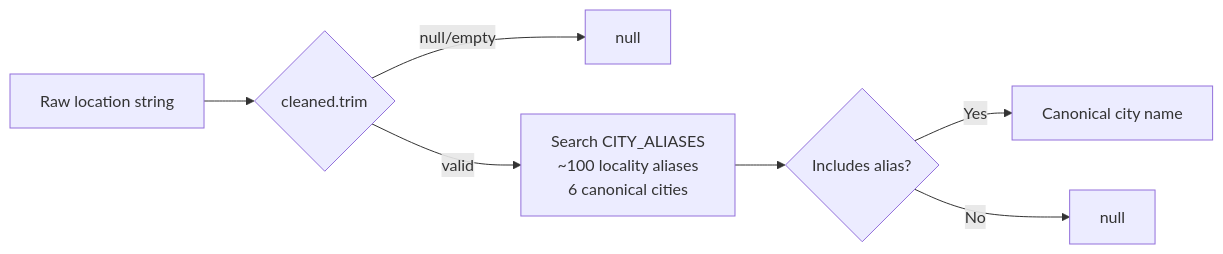
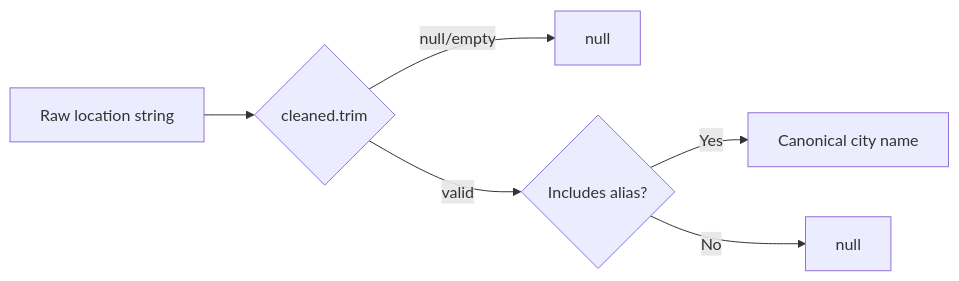
The second of 2 diagrams in docs/data-model.md (bharatbhusal/weekends-plan), drawn with Mermaid before and after one commit. The commit also changed other lines of this file and 10 other files, not shown here.

````diff
--- a/docs/data-model.md
+++ b/docs/data-model.md
@@ -110,9 +111,8 @@
 ```mermaid
 flowchart LR
     A[Raw location string] --> B{cleaned.trim}
     B -->|null/empty| C[null]
-    B -->|valid| D[Search CITY_ALIASES<br/>~100 locality aliases<br/>6 canonical cities]
-    D --> E{Includes alias?}
+    B -->|valid| E{Includes alias?}
     E -->|Yes| F[Canonical city name]
     E -->|No| G[null]
 ```
````
